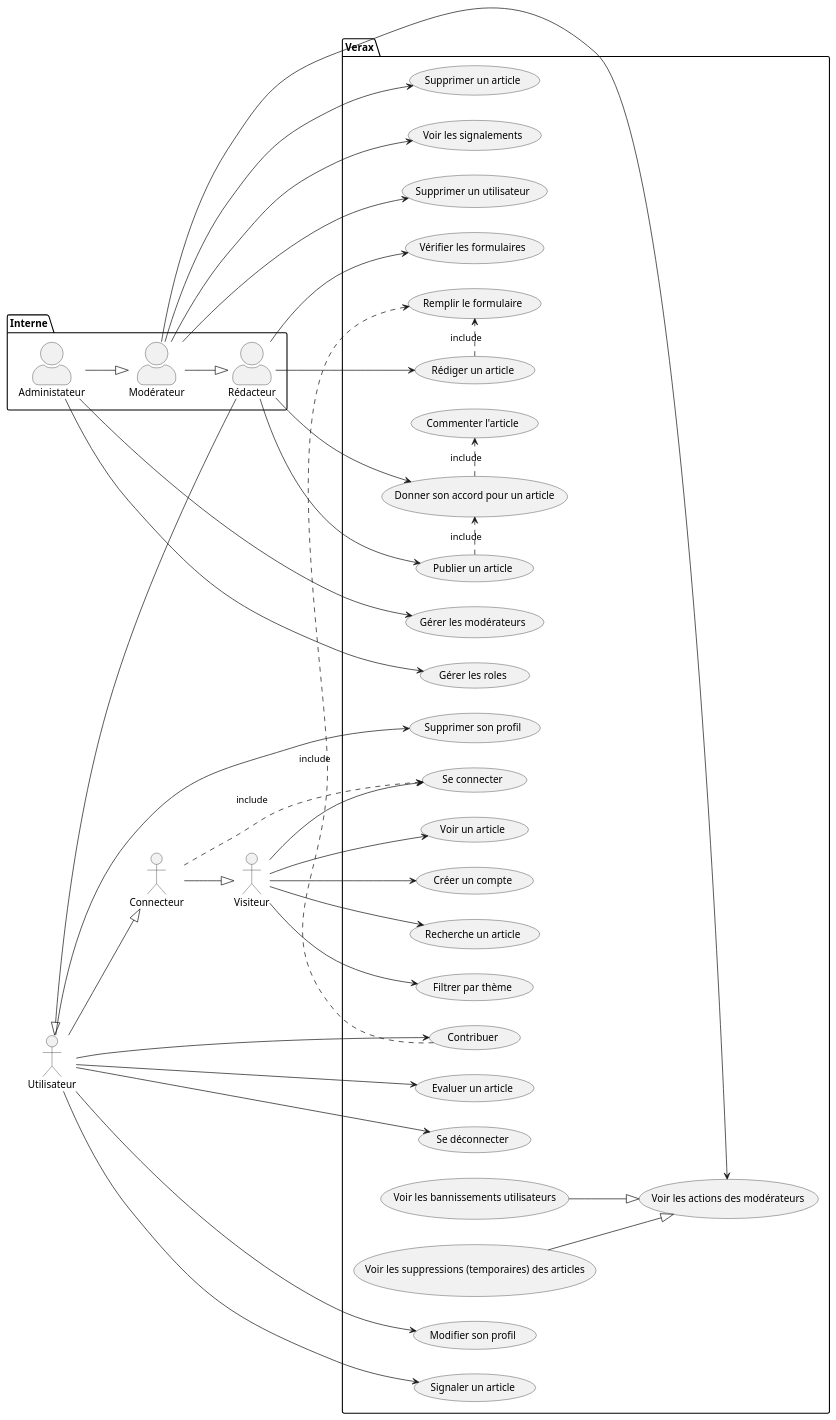
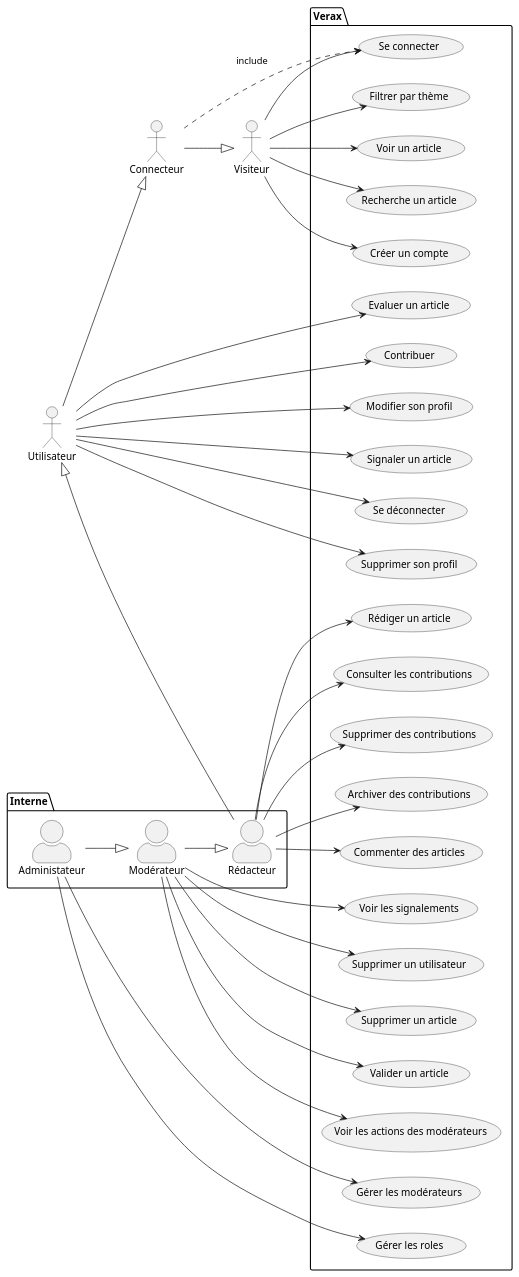
One commit to tonyfgs/Verax changed the diagram in Diagramme/casUtilisation.md. Above: the diagram before and after it, drawn with PlantUML.

Commit message:
travail sur le diagramme..

```diff
--- a/Diagramme/casUtilisation.md
+++ b/Diagramme/casUtilisation.md
@@ -28,20 +28,17 @@
     usecase "Se déconnecter" as UC24
     usecase "Supprimer son profil" as UC25 
 
-    usecase "Remplir le formulaire" as UC10
-
     usecase "Rédiger un article" as UC11
-    usecase "Vérifier les formulaires" as UC12
-    usecase "Donner son accord pour un article" as UC13
-    usecase "Publier un article" as UC14
-    usecase "Commenter l'article" as UC15
+    usecase "Consulter les contributions" as UC12
+    usecase "Supprimer des contributions" as UC27
+    usecase "Archiver des contributions" as UC26
+    usecase "Commenter des articles" as UC15
 
     usecase "Voir les signalements" as UC16
     usecase "Supprimer un utilisateur" as UC17
     usecase "Supprimer un article" as UC18
+    usecase "Valider un article" as UC13
     usecase "Voir les actions des modérateurs" as UC19
-    usecase "Voir les bannissements utilisateurs" as UC20
-    usecase "Voir les suppressions (temporaires) des articles" as UC21
 
     usecase "Gérer les modérateurs" as UC22
     usecase "Gérer les roles" as UC23
@@ -68,19 +65,13 @@
 u --> UC24
 u --> UC25
 
-UC11 .> UC10 : include
-UC13 .> UC15 : include
-UC14 .> UC13 : include
-UC7 .> UC10  : include
-
 r --> UC11
 r --> UC12
-r --> UC13
-r --> UC14
+r --> UC15
+r --> UC27
+r --> UC26
 
-UC21 --|> UC19
-UC20 --|> UC19
-
+m --> UC13
 m --> UC16
 m --> UC17
 m --> UC18
```
